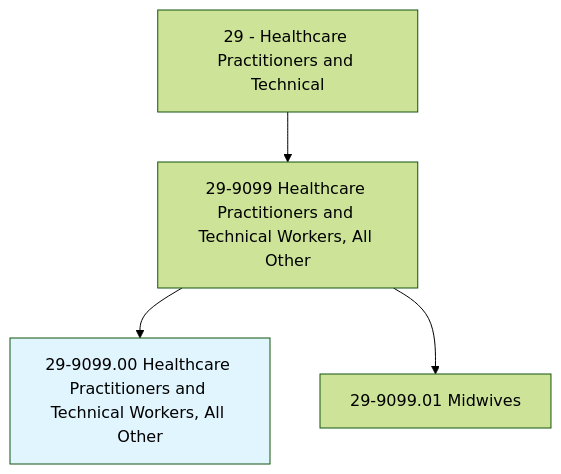
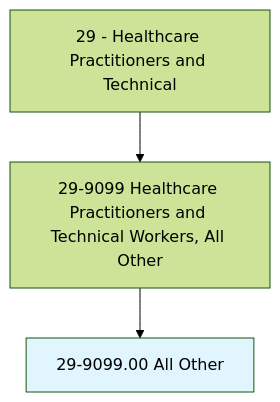
One commit to kziemski/business.org.ai changed the first of 2 diagrams in occupations/HealthcarePractitioners/HealthcarePractitionersAndTechnicalWorkers.mdx. Above: the diagram before and after it, drawn with Mermaid (forest theme). The commit also changed other lines of this file and 938 other files, not shown here.

````diff
--- a/occupations/HealthcarePractitioners/HealthcarePractitionersAndTechnicalWorkers.mdx
+++ b/occupations/HealthcarePractitioners/HealthcarePractitionersAndTechnicalWorkers.mdx
@@ -19,7 +23,6 @@
 ```mermaid
 graph TD
     Cat29["29 - Healthcare Practitioners and Technical"] --> Group299099["29-9099 Healthcare Practitioners and Technical Workers, All Other"]
-    Group299099 --> Current["29-9099.00 Healthcare Practitioners and Technical Workers, All Other"]
+    Group299099 --> Current["29-9099.00 All Other"]
     style Current fill:#e1f5fe
-    Group299099 --> V29909901["29-9099.01 Midwives"]
 ```
````
